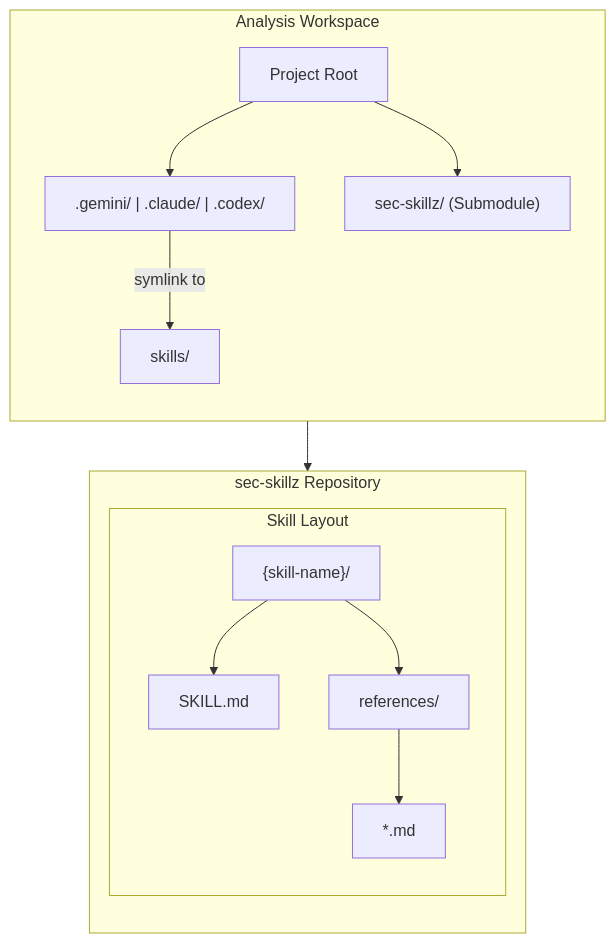
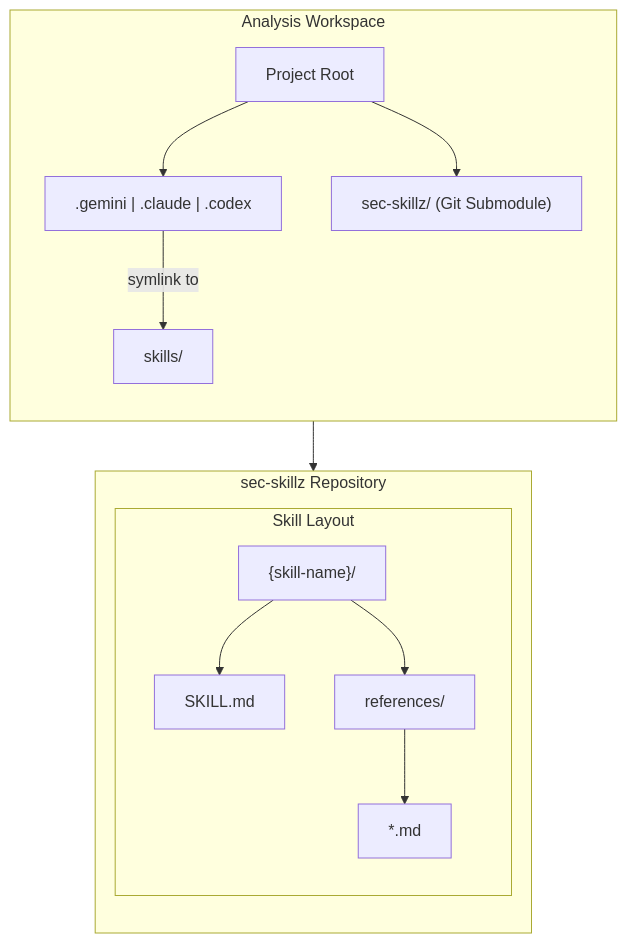
One commit to mdfranz/sec-skillz changed the diagram in README.md. Above: the diagram before and after it, drawn with Mermaid.

Commit message:
diagram fixes

````diff
--- a/README.md
+++ b/README.md
@@ -13,31 +13,31 @@
 ```mermaid
 graph TD
     subgraph Workspace ["Analysis Workspace"]
         direction TB
         W_Root["Project Root"]
-        W_Agents[".gemini/ | .claude/ | .codex/"]
-        W_Submodule["sec-skillz/ (Submodule)"]
+        W_Agents[".gemini | .claude | .codex"]
+        W_Submodule["sec-skillz/ (Git Submodule)"]
         
         W_Root --> W_Agents
         W_Root --> W_Submodule
         W_Agents -- "symlink to" --> S_Dir
     end
 
     subgraph SkillRepo ["sec-skillz Repository"]
         direction TB
         S_Dir["skills/"]
         
         subgraph SkillLayout ["Skill Layout"]
             SL_Name["{skill-name}/"]
             SL_Main["SKILL.md"]
             SL_Refs["references/"]
             SL_Docs["*.md"]
             
             SL_Name --> SL_Main
             SL_Name --> SL_Refs
             SL_Refs --> SL_Docs
         end
         
         S_Dir --> SL_Name
     end
 ```
````
